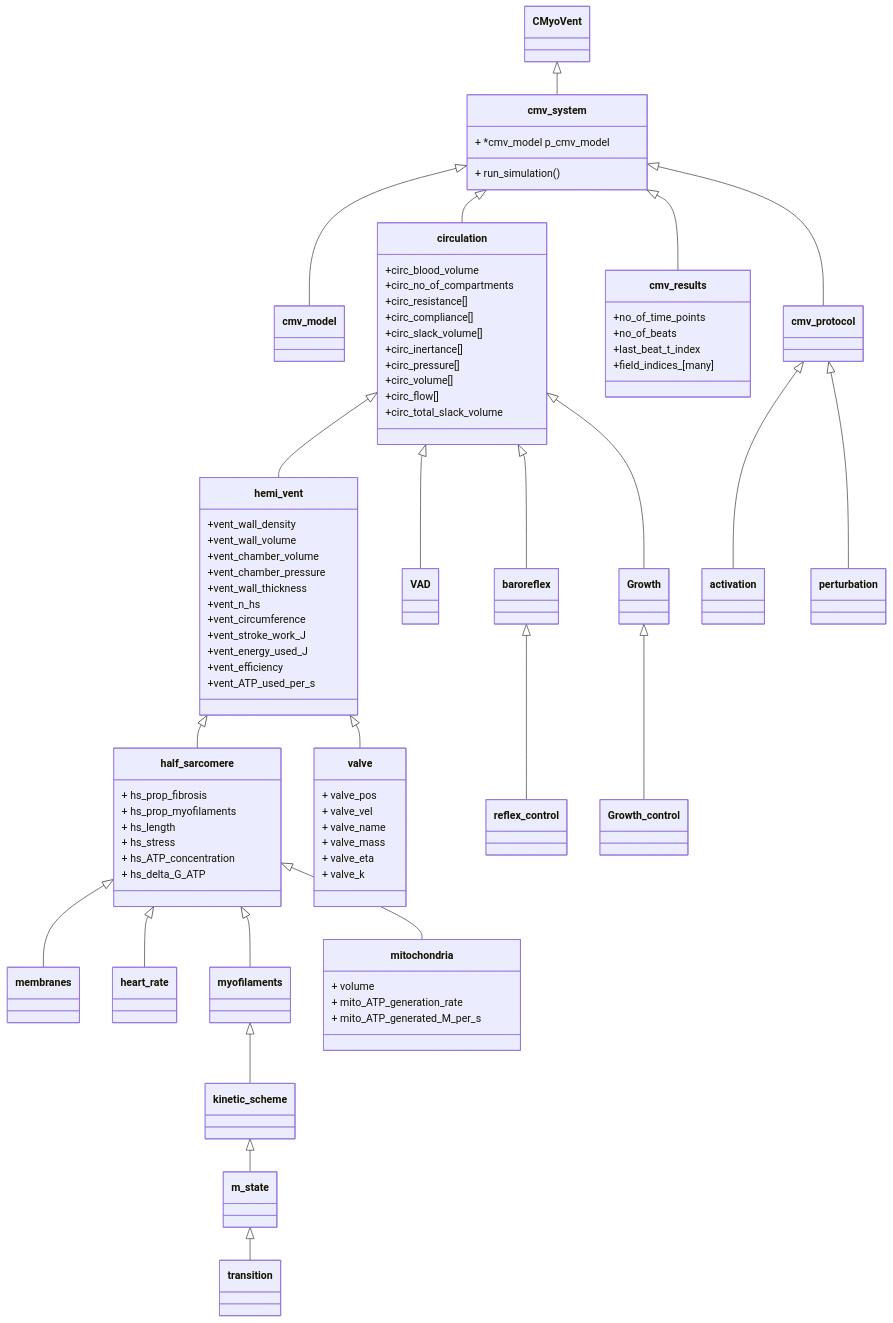
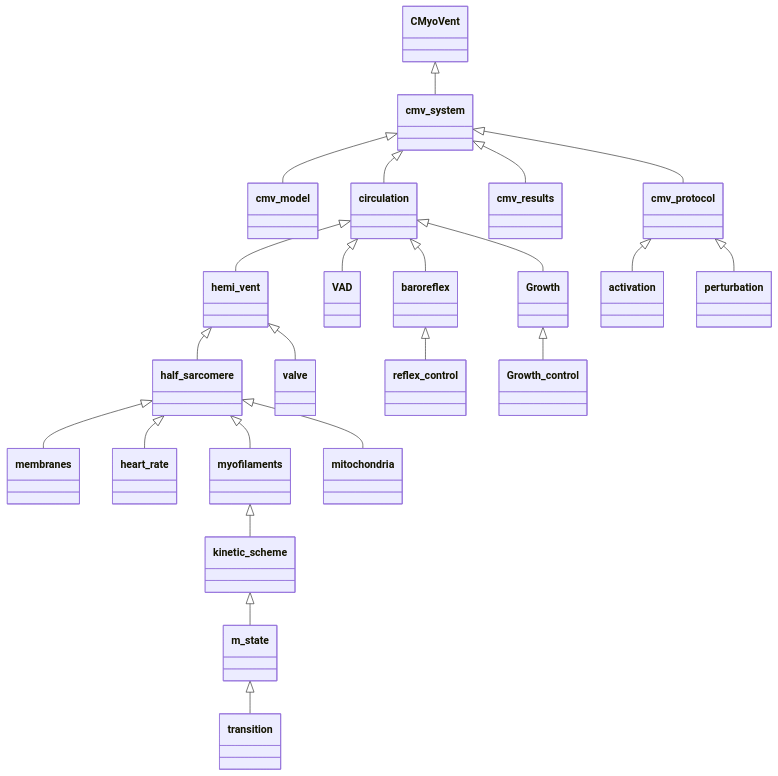
Before and after one commit to Campbell-Muscle-Lab/MyoVent: the diagram in README.md, drawn with Mermaid. The commit also changed 30 other files, not shown here.

`````diff
--- a/README.md
+++ b/README.md
@@ -3,79 +3,79 @@
 ````mermaid
 
 classDiagram
 
     CMyoVent <|-- cmv_system
     cmv_system <|-- cmv_model
     cmv_system <|-- cmv_protocol
     cmv_system <|-- cmv_results
     cmv_system <|-- circulation
     circulation <|-- hemi_vent
     circulation <|-- VAD
     circulation <|-- baroreflex
     circulation <|-- Growth
     hemi_vent <|-- half_sarcomere
     hemi_vent <|-- valve
     half_sarcomere <|-- membranes
     half_sarcomere <|-- heart_rate
     half_sarcomere <|-- myofilaments
     half_sarcomere <|-- mitochondria
     myofilaments <|--kinetic_scheme
     kinetic_scheme <|-- m_state
     m_state <|-- transition
     baroreflex <|-- reflex_control
     Growth <|-- Growth_control
     cmv_protocol <|-- activation
     cmv_protocol <|-- perturbation
     
-    cmv_system: + *cmv_model p_cmv_model
-    cmv_system: + run_simulation()
+    %% cmv_system: + *cmv_model p_cmv_model
+    %% cmv_system: + run_simulation()
 
-    circulation: +circ_blood_volume
-    circulation: +circ_no_of_compartments
-    circulation: +circ_resistance[]
-    circulation: +circ_compliance[]
-    circulation: +circ_slack_volume[]
-    circulation: +circ_inertance[]
-    circulation: +circ_pressure[]
-    circulation: +circ_volume[]
-    circulation: +circ_flow[]
-    circulation: +circ_total_slack_volume
+    %% circulation: +circ_blood_volume
+    %% circulation: +circ_no_of_compartments
+    %% circulation: +circ_resistance[]
+    %% circulation: +circ_compliance[]
+    %% circulation: +circ_slack_volume[]
+    %% circulation: +circ_inertance[]
+    %% circulation: +circ_pressure[]
+    %% circulation: +circ_volume[]
+    %% circulation: +circ_flow[]
+    %% circulation: +circ_total_slack_volume
 
-    cmv_results: +no_of_time_points
-    cmv_results: +no_of_beats
-    cmv_results: +last_beat_t_index
-    cmv_results: +field_indices_[many]
+    %% cmv_results: +no_of_time_points
+    %% cmv_results: +no_of_beats
+    %% cmv_results: +last_beat_t_index
+    %% cmv_results: +field_indices_[many]
 
-    hemi_vent: +vent_wall_density
-    hemi_vent: +vent_wall_volume
-    hemi_vent: +vent_chamber_volume
-    hemi_vent: +vent_chamber_pressure
-    hemi_vent: +vent_wall_thickness
-    hemi_vent: +vent_n_hs
-    hemi_vent: +vent_circumference
-    hemi_vent: +vent_stroke_work_J
-    hemi_vent: +vent_energy_used_J
-    hemi_vent: +vent_efficiency
-    hemi_vent: +vent_ATP_used_per_s
+    %% hemi_vent: +vent_wall_density
+    %% hemi_vent: +vent_wall_volume
+    %% hemi_vent: +vent_chamber_volume
+    %% hemi_vent: +vent_chamber_pressure
+    %% hemi_vent: +vent_wall_thickness
+    %% hemi_vent: +vent_n_hs
+    %% hemi_vent: +vent_circumference
+    %% hemi_vent: +vent_stroke_work_J
+    %% hemi_vent: +vent_energy_used_J
+    %% hemi_vent: +vent_efficiency
+    %% hemi_vent: +vent_ATP_used_per_s
 
-    half_sarcomere: + hs_prop_fibrosis
-    half_sarcomere: + hs_prop_myofilaments
-    half_sarcomere: + hs_length
-    half_sarcomere: + hs_stress
-    half_sarcomere: + hs_ATP_concentration
-    half_sarcomere: + hs_delta_G_ATP
+    %% half_sarcomere: + hs_prop_fibrosis
+    %% half_sarcomere: + hs_prop_myofilaments
+    %% half_sarcomere: + hs_length
+    %% half_sarcomere: + hs_stress
+    %% half_sarcomere: + hs_ATP_concentration
+    %% half_sarcomere: + hs_delta_G_ATP
 
-    valve: + valve_pos
-    valve: + valve_vel
-    valve: + valve_name
-    valve: + valve_mass
-    valve: + valve_eta
-    valve: + valve_k
+    %% valve: + valve_pos
+    %% valve: + valve_vel
+    %% valve: + valve_name
+    %% valve: + valve_mass
+    %% valve: + valve_eta
+    %% valve: + valve_k
 
-    mitochondria: + volume
-    mitochondria: + mito_ATP_generation_rate
-    mitochondria: + mito_ATP_generated_M_per_s
+    %% mitochondria: + volume
+    %% mitochondria: + mito_ATP_generation_rate
+    %% mitochondria: + mito_ATP_generated_M_per_s
 
 
 
 ````
`````
